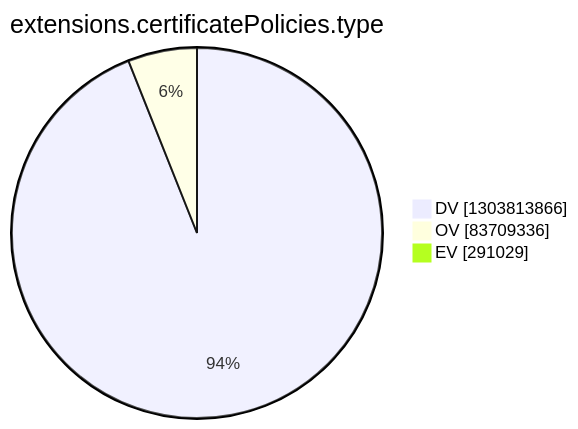
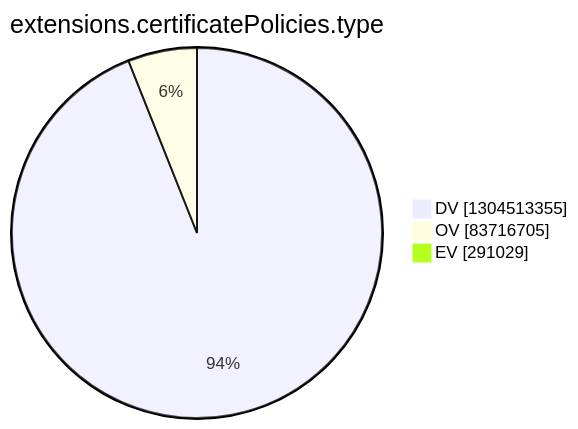
Before and after one commit to christiankrug/ctmonitor_visualization: the tenth of 15 diagrams in argon2022/README.md, drawn with Mermaid. The commit also changed other lines of this file, not shown here.

````diff
--- a/argon2022/README.md
+++ b/argon2022/README.md
@@ -2772,7 +2772,7 @@
 ```mermaid
 pie showData
 title extensions.certificatePolicies.type
-"DV" :1303813866
-"OV" :83709336
+"DV" :1304513355
+"OV" :83716705
 "EV" :291029
 ```
````
